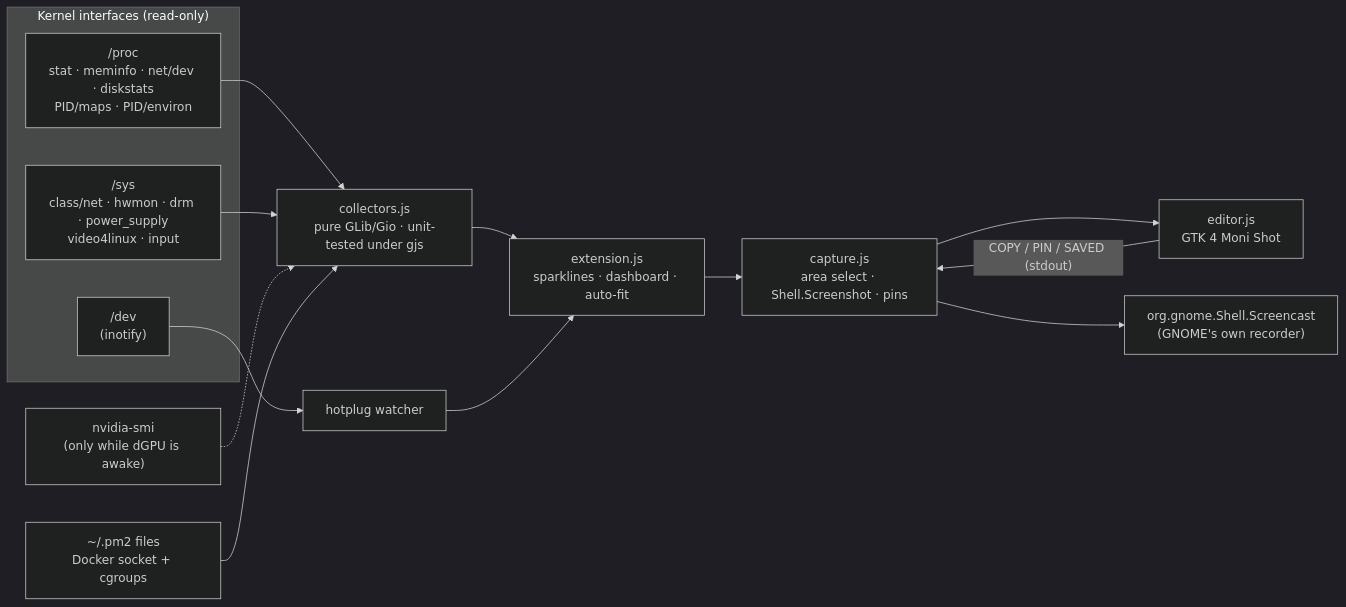
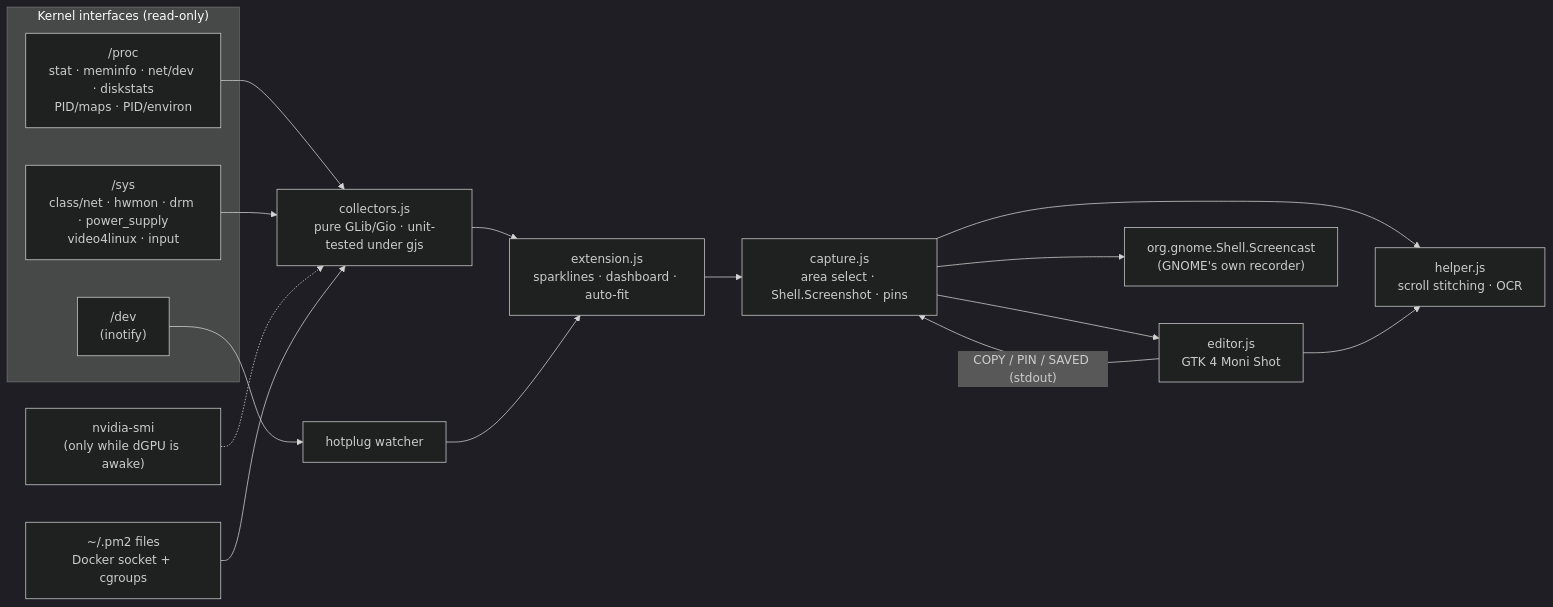
The diagram in README.md (ingjae/moni), drawn with Mermaid (dark theme) before and after one commit. The commit also changed other lines of this file and 11 other files, not shown here.

````diff
--- a/README.md
+++ b/README.md
@@ -237,18 +257,20 @@
 ```mermaid
 flowchart LR
     subgraph kernel["Kernel interfaces (read-only)"]
         P["/proc<br/>stat · meminfo · net/dev · diskstats<br/>PID/maps · PID/environ"]
         S["/sys<br/>class/net · hwmon · drm · power_supply<br/>video4linux · input"]
         D["/dev<br/>(inotify)"]
     end
     P & S --> C["collectors.js<br/>pure GLib/Gio · unit-tested under gjs"]
     D --> X["hotplug watcher"]
     C --> UI["extension.js<br/>sparklines · dashboard · auto-fit"]
     X --> UI
     N["nvidia-smi<br/>(only while dGPU is awake)"] -.-> C
     Q["~/.pm2 files<br/>Docker socket + cgroups"] --> C
     UI --> K["capture.js<br/>area select · Shell.Screenshot · pins"]
     K --> E["editor.js<br/>GTK 4 Moni Shot"]
+    K --> H["helper.js<br/>scroll stitching · OCR"]
+    E --> H
     E -- "COPY / PIN / SAVED (stdout)" --> K
     K --> R["org.gnome.Shell.Screencast<br/>(GNOME's own recorder)"]
 ```
````
